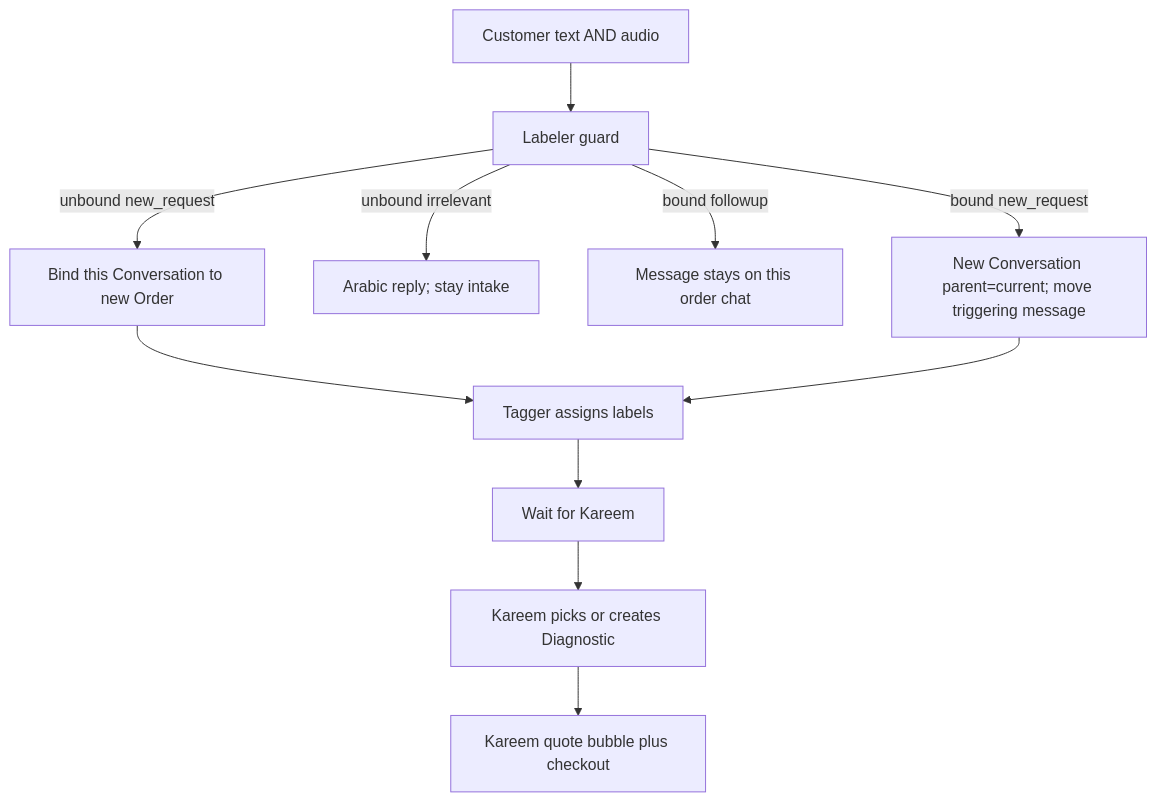
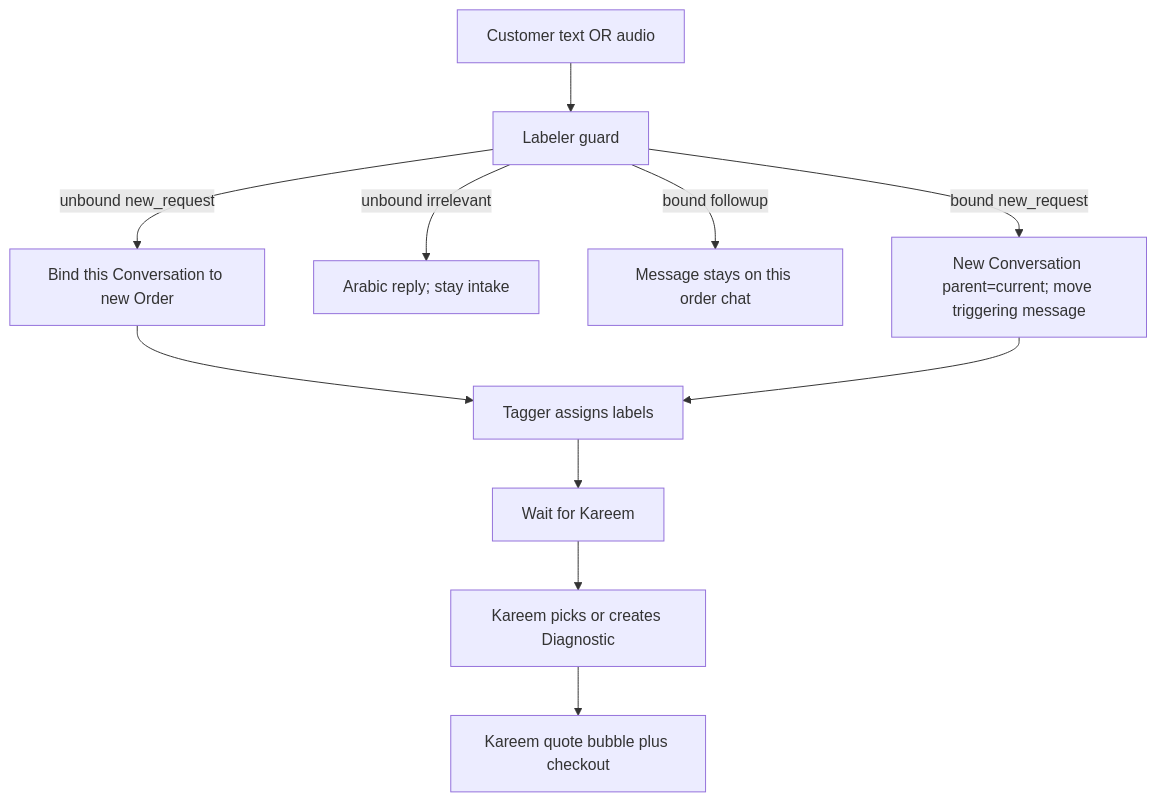
Before and after one commit to Yussof-Waleed/Buildathon-2.0: the third of 3 diagrams in AGENTS.md, drawn with Mermaid. The commit also changed other lines of this file and 16 other files, not shown here.

````diff
--- a/AGENTS.md
+++ b/AGENTS.md
@@ -208,13 +208,13 @@
 ```mermaid
 flowchart TD
-  Msg[Customer text AND audio] --> Labeler[Labeler guard]
+  Msg[Customer text OR audio] --> Labeler[Labeler guard]
   Labeler -->|unbound new_request| Bind[Bind this Conversation to new Order]
   Labeler -->|unbound irrelevant| Reply[Arabic reply; stay intake]
   Labeler -->|bound followup| Stay[Message stays on this order chat]
   Labeler -->|bound new_request| Fork[New Conversation parent=current; move triggering message]
   Bind --> Tagger[Tagger assigns labels]
   Fork --> Tagger
   Tagger --> Wait[Wait for Kareem]
   Wait --> Quote[Kareem picks or creates Diagnostic]
   Quote --> Notify[Kareem quote bubble plus checkout]
 ```
````
